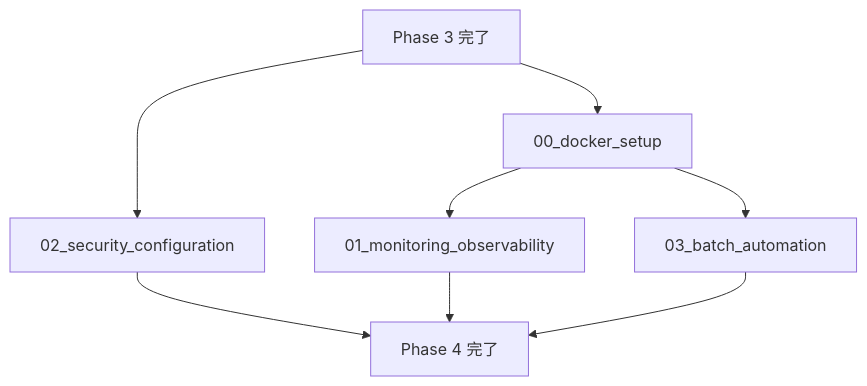
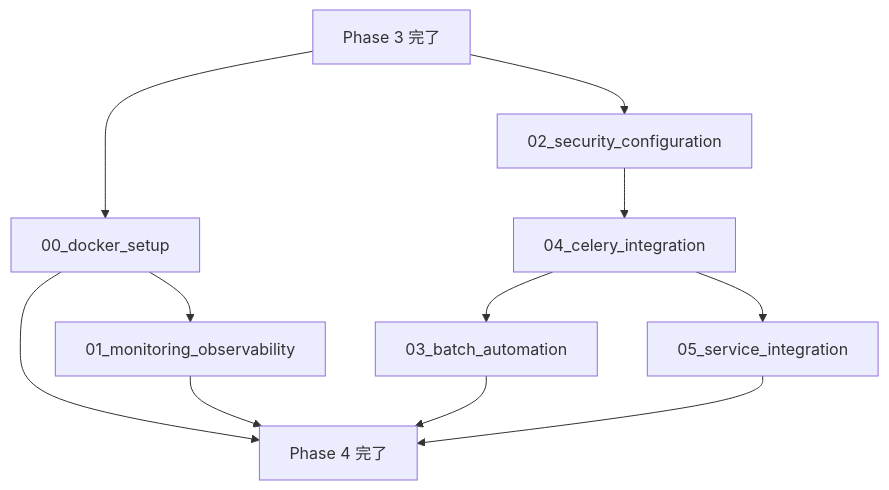
The diagram in docs/tasks/phase_04/README.md (tsuji-tomonori/ref-net), drawn with Mermaid before and after one commit. The commit also changed other lines of this file and 2 other files, not shown here.

First line of the commit message:
feat(docs): Phase 4タスクドキュメント追加とレビュー観点拡充

````diff
--- a/docs/tasks/phase_04/README.md
+++ b/docs/tasks/phase_04/README.md
@@ -26,10 +28,13 @@
 ```mermaid
 graph TD
     A[Phase 3 完了] --> B[00_docker_setup]
     A --> C[02_security_configuration]
     B --> D[01_monitoring_observability]
-    B --> E[03_batch_automation]
-    C --> F[Phase 4 完了]
-    D --> F
-    E --> F
+    C --> E[04_celery_integration]
+    E --> F[03_batch_automation]
+    E --> G[05_service_integration]
+    B --> H[Phase 4 完了]
+    D --> H
+    F --> H
+    G --> H
 ```
````
